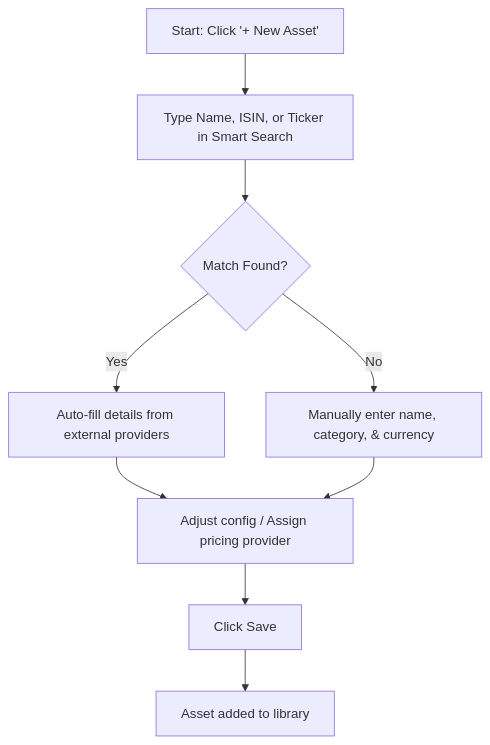
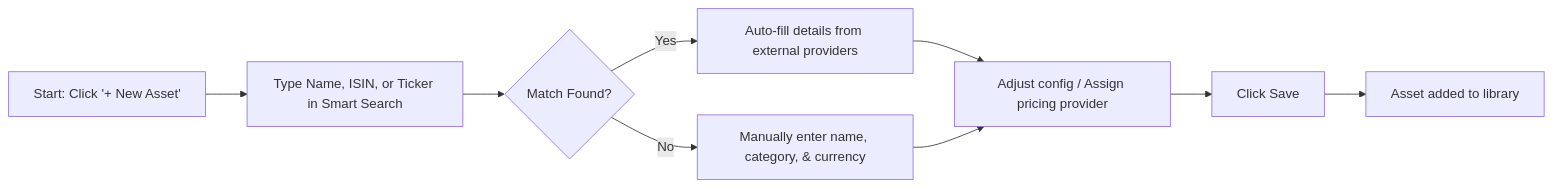
Before and after one commit to Librefolio/LibreFolio: the first of 2 diagrams in mkdocs_src/docs/user/assets/create-edit.en.md, drawn with Mermaid. The commit also changed other lines of this file and 34 other files, not shown here.

````diff
--- a/mkdocs_src/docs/user/assets/create-edit.en.md
+++ b/mkdocs_src/docs/user/assets/create-edit.en.md
@@ -14,11 +14,11 @@
     ```mermaid
-    graph TD
+    flowchart LR
         A[Start: Click '+ New Asset'] --> B[Type Name, ISIN, or Ticker in Smart Search]
         B --> C{Match Found?}
         C -->|Yes| D[Auto-fill details from external providers]
         C -->|No| E[Manually enter name, category, & currency]
         D --> F[Adjust config / Assign pricing provider]
         E --> F
         F --> G[Click Save]
         G --> H[Asset added to library]
     ```
````
